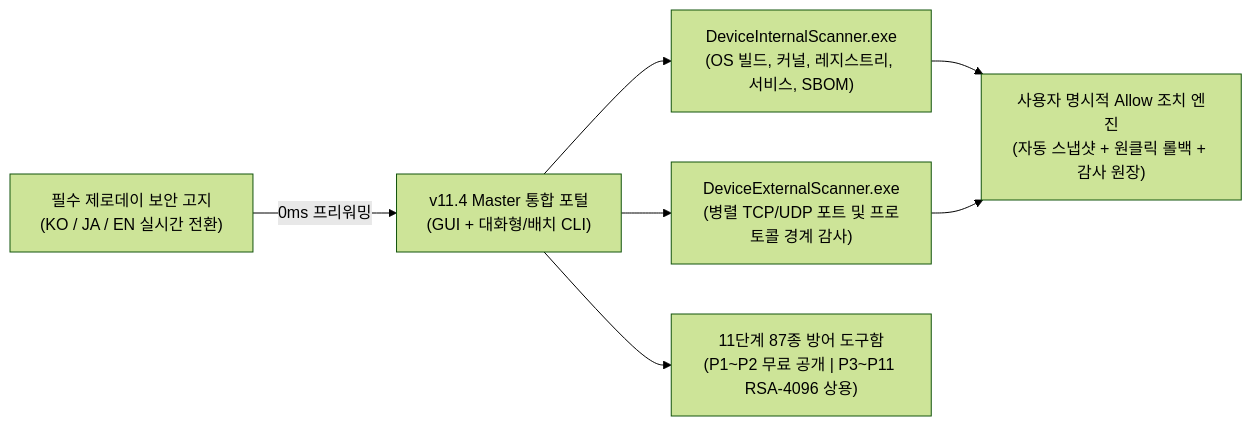
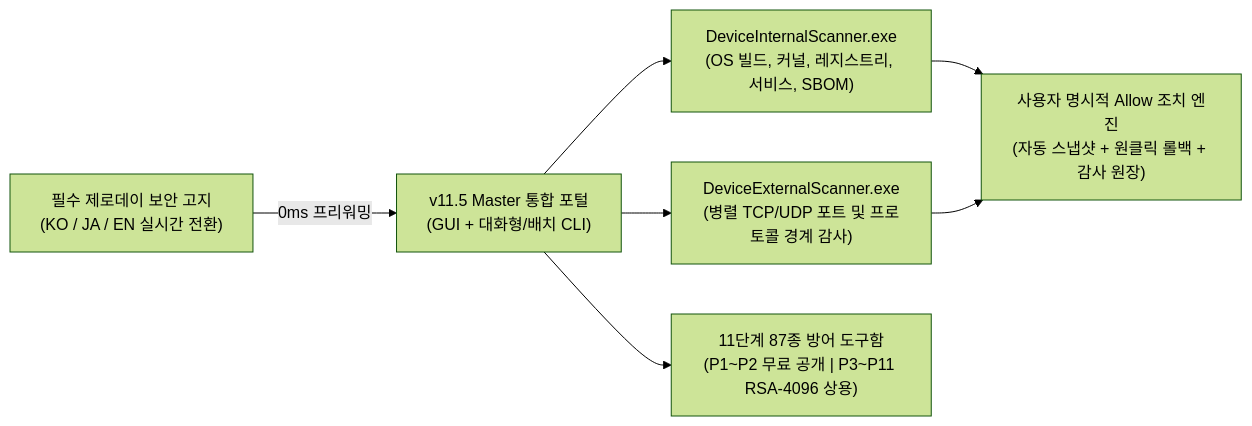
The diagram in README.md (anon-wu/CVE_Checker_Anon_X), drawn with Mermaid (forest theme) before and after one commit. The commit also changed other lines of this file and 45 other files, not shown here.

````diff
--- a/README.md
+++ b/README.md
@@ -71,9 +71,9 @@
 ```mermaid
 flowchart LR
-    Notice["필수 제로데이 보안 고지<br/>(KO / JA / EN 실시간 전환)"] -->|"0ms 프리워밍"| Portal["v11.4 Master 통합 포털<br/>(GUI + 대화형/배치 CLI)"]
+    Notice["필수 제로데이 보안 고지<br/>(KO / JA / EN 실시간 전환)"] -->|"0ms 프리워밍"| Portal["v11.5 Master 통합 포털<br/>(GUI + 대화형/배치 CLI)"]
     Portal --> Host["DeviceInternalScanner.exe<br/>(OS 빌드, 커널, 레지스트리, 서비스, SBOM)"]
     Portal --> Perim["DeviceExternalScanner.exe<br/>(병렬 TCP/UDP 포트 및 프로토콜 경계 감사)"]
     Host --> Allow["사용자 명시적 Allow 조치 엔진<br/>(자동 스냅샷 + 원클릭 롤백 + 감사 원장)"]
     Perim --> Allow
     Portal --> Hub["11단계 87종 방어 도구함<br/>(P1~P2 무료 공개 | P3~P11 RSA-4096 상용)"]
 ```
````
